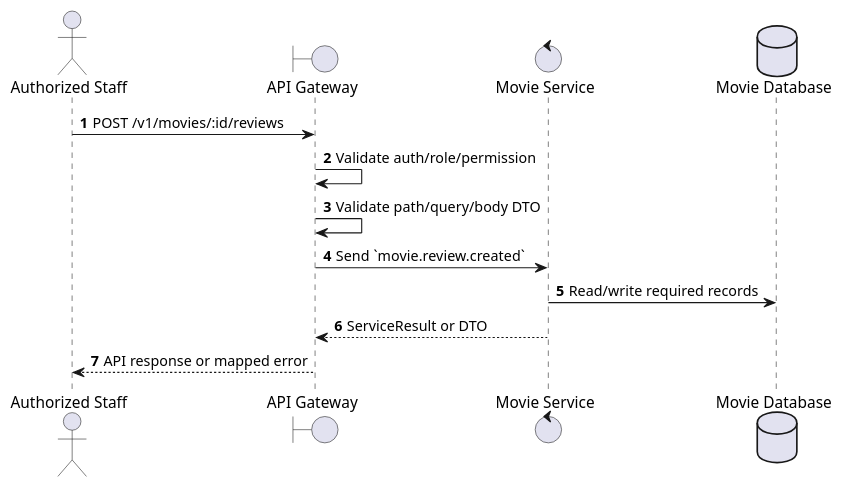
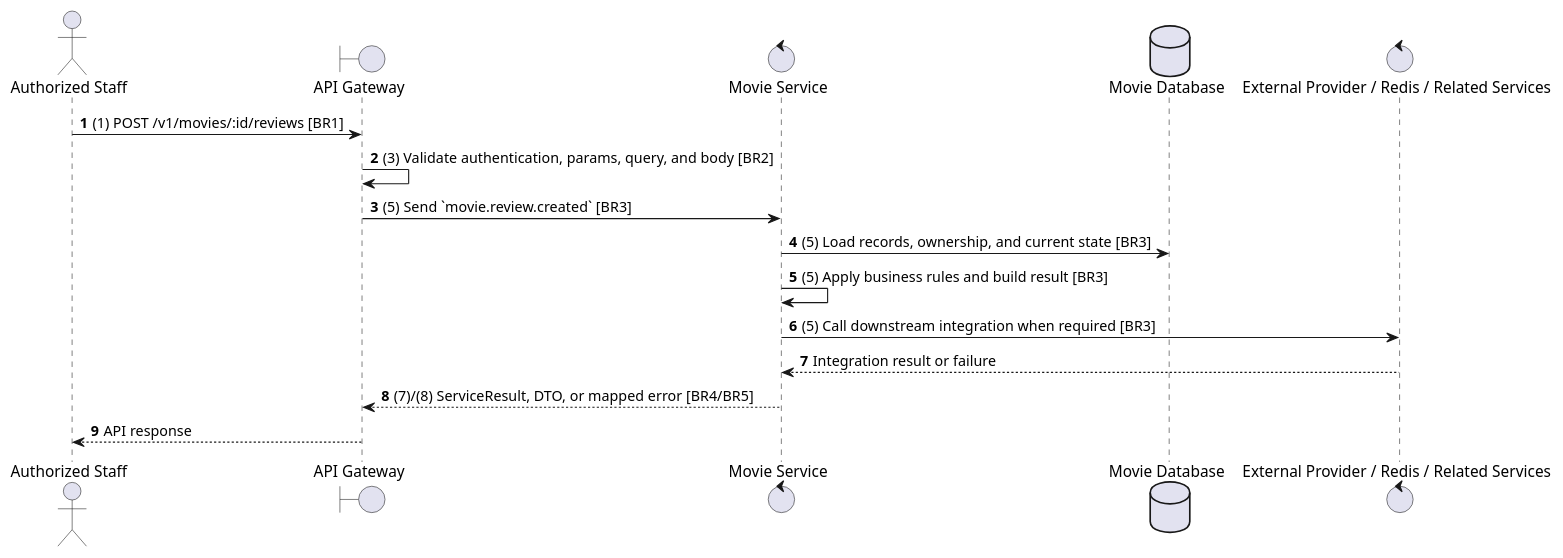
One commit to Tanh1603/movie-hub-architecture changed the second of 2 diagrams in docs/functional_specs/3.3.4_Movie_Reviews/RV-03_Create_Review.md. Above: the diagram before and after it, drawn with PlantUML. The commit also changed other lines of this file and 129 other files, not shown here.

````diff
--- a/docs/functional_specs/3.3.4_Movie_Reviews/RV-03_Create_Review.md
+++ b/docs/functional_specs/3.3.4_Movie_Reviews/RV-03_Create_Review.md
@@ -17,17 +64,20 @@
 ```plantuml
 @startuml
 autonumber
 actor "Authorized Staff" as Actor
 boundary "API Gateway" as GW
 control "Movie Service" as SVC
 database "Movie Database" as DB
+control "External Provider / Redis / Related Services" as EXT
 
-Actor -> GW: POST /v1/movies/:id/reviews
-GW -> GW: Validate auth/role/permission
-GW -> GW: Validate path/query/body DTO
-GW -> SVC: Send `movie.review.created`
-SVC -> DB: Read/write required records
-SVC --> GW: ServiceResult or DTO
-GW --> Actor: API response or mapped error
+Actor -> GW: (1) POST /v1/movies/:id/reviews [BR1]
+GW -> GW: (3) Validate authentication, params, query, and body [BR2]
+GW -> SVC: (5) Send `movie.review.created` [BR3]
+SVC -> DB: (5) Load records, ownership, and current state [BR3]
+SVC -> SVC: (5) Apply business rules and build result [BR3]
+SVC -> EXT: (5) Call downstream integration when required [BR3]
+EXT --> SVC: Integration result or failure
+SVC --> GW: (7)/(8) ServiceResult, DTO, or mapped error [BR4/BR5]
+GW --> Actor: API response
 @enduml
 ```
````
